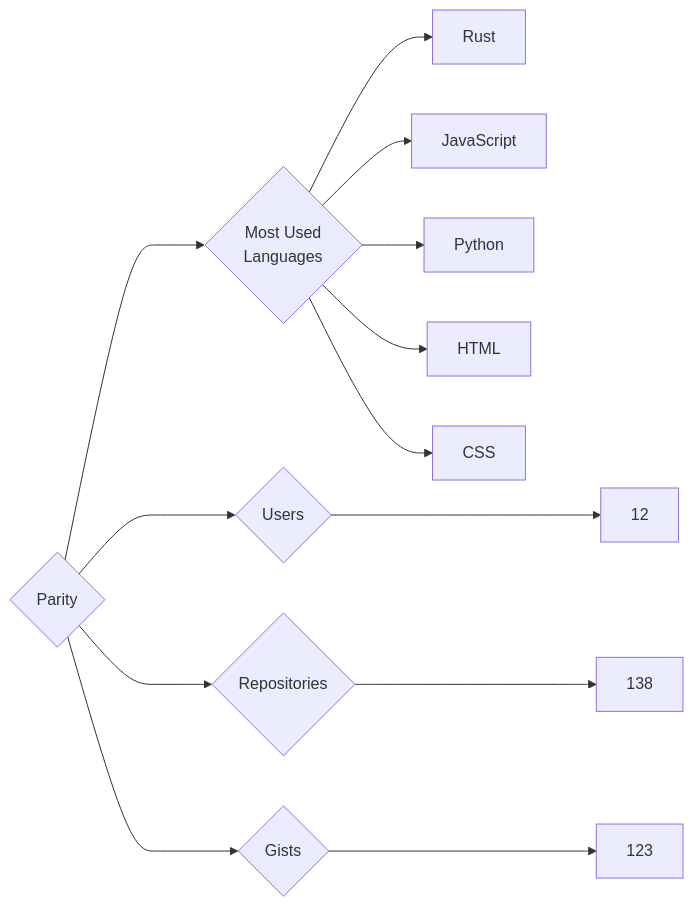
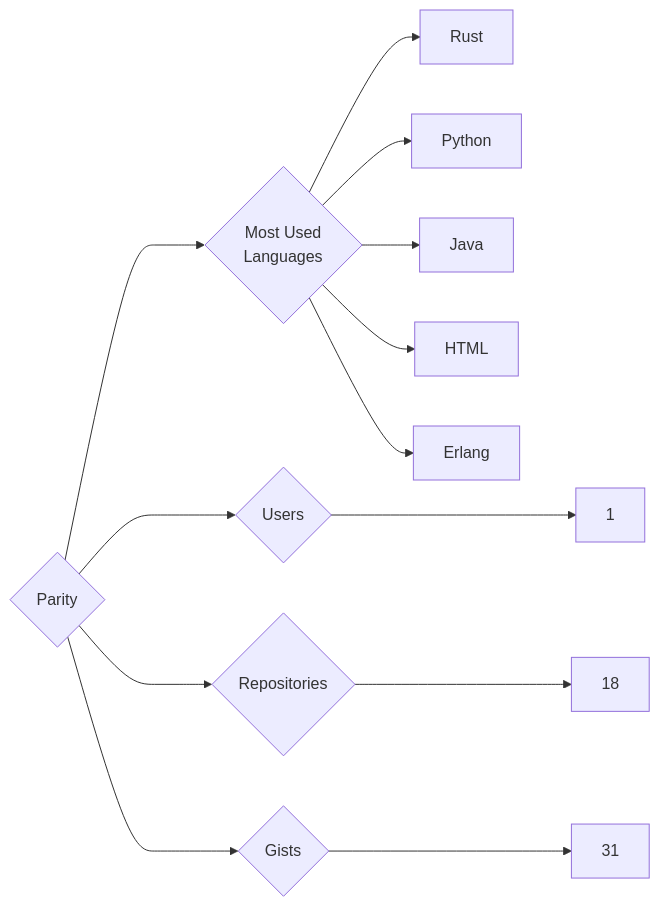
Before and after one commit to trickest/insiders: the diagram in targets/Parity/README.md, drawn with Mermaid. The commit also changed 953 other files, not shown here.

````diff
--- a/targets/Parity/README.md
+++ b/targets/Parity/README.md
@@ -3,13 +3,13 @@
 ```mermaid
 graph LR
 COMPANY_NAME{Parity}
-COMPANY_NAME ---> U{Users} ---> UN[12]
-COMPANY_NAME ---> R{Repositories} ---> RN[138]
-COMPANY_NAME ---> G{Gists} ---> GN[123]
+COMPANY_NAME ---> U{Users} ---> UN[1]
+COMPANY_NAME ---> R{Repositories} ---> RN[18]
+COMPANY_NAME ---> G{Gists} ---> GN[31]
 COMPANY_NAME ---> ML{Most Used<br>Languages}
 ML --> Rust[Rust]
-ML --> JavaScript[JavaScript]
 ML --> Python[Python]
+ML --> Java[Java]
 ML --> HTML[HTML]
-ML --> CSS[CSS]
+ML --> Erlang[Erlang]
 ```
````
